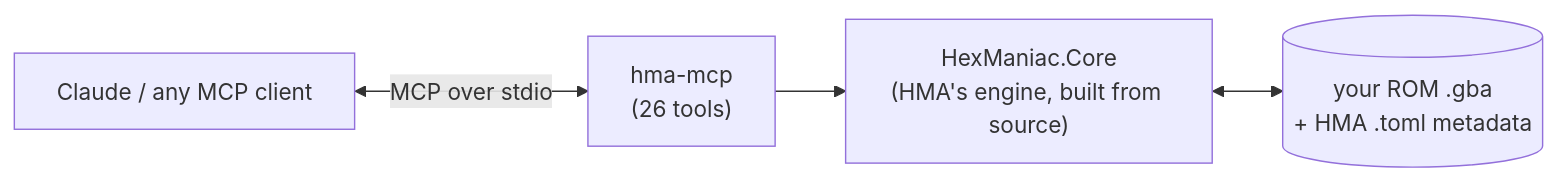
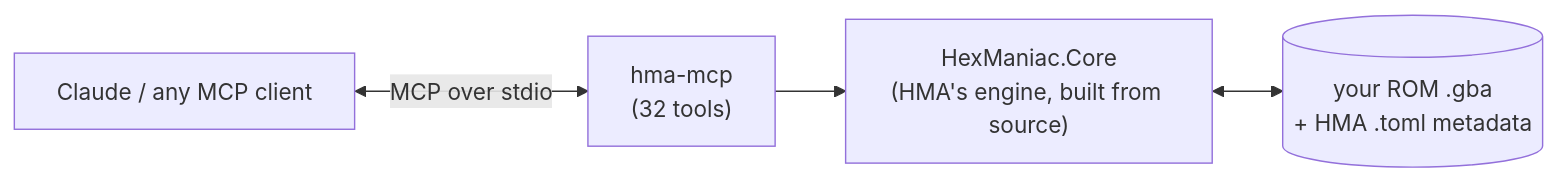
The diagram in README.md (dewayneku/hma-mcp), drawn with Mermaid before and after one commit. The commit also changed other lines of this file and 10 other files, not shown here.

````diff
--- a/README.md
+++ b/README.md
@@ -140,6 +143,6 @@
 ```mermaid
 flowchart LR
-    A["Claude / any MCP client"] <-- "MCP over stdio" --> B["hma-mcp<br/>(26 tools)"]
+    A["Claude / any MCP client"] <-- "MCP over stdio" --> B["hma-mcp<br/>(32 tools)"]
     B --> C["HexManiac.Core<br/>(HMA's engine, built from source)"]
     C <--> D[("your ROM .gba<br/>+ HMA .toml metadata")]
 ```
````
